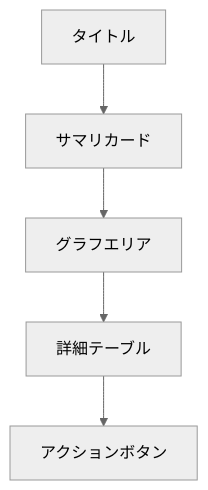
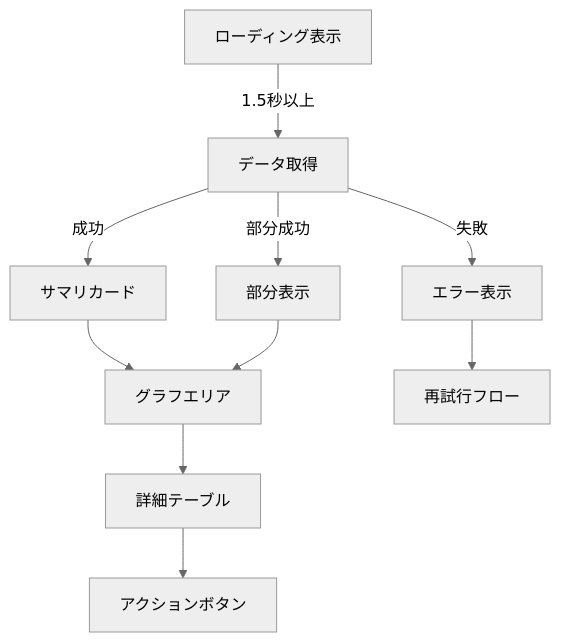
The diagram in Doc/WebUI_仕様書_GenerateReport.md (Kensan196948G/OneDriveforBusinessManagementSystem), drawn with Mermaid (neutral theme) before and after one commit. The commit also changed other lines of this file and 6 other files, not shown here.

````diff
--- a/Doc/WebUI_仕様書_GenerateReport.md
+++ b/Doc/WebUI_仕様書_GenerateReport.md
@@ -14,7 +16,12 @@
 ```mermaid
 graph TD
-    A[タイトル] --> B[サマリカード]
-    B --> C[グラフエリア]
-    C --> D[詳細テーブル]
-    D --> E[アクションボタン]
+    A[ローディング表示] -->|1.5秒以上| B[データ取得]
+    B -->|成功| C[サマリカード]
+    B -->|部分成功| D[部分表示]
+    B -->|失敗| E[エラー表示]
+    C --> F[グラフエリア]
+    D --> F
+    F --> G[詳細テーブル]
+    G --> H[アクションボタン]
+    E --> I[再試行フロー]
 ```
````
